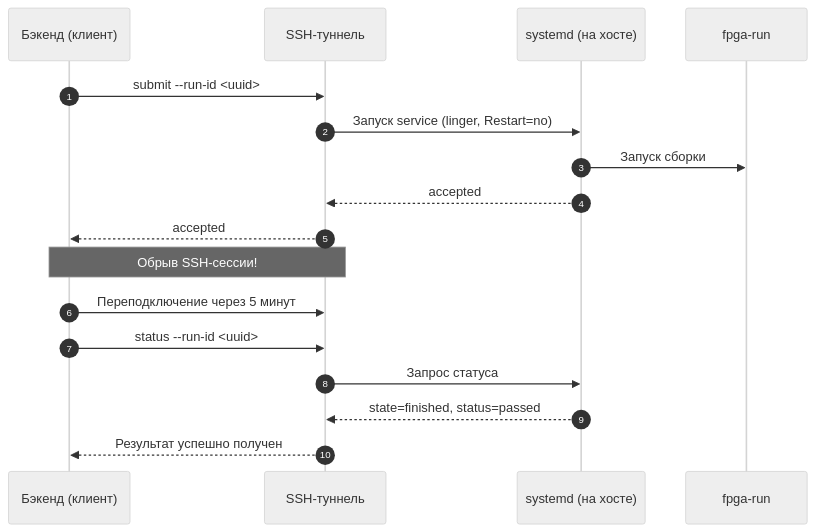
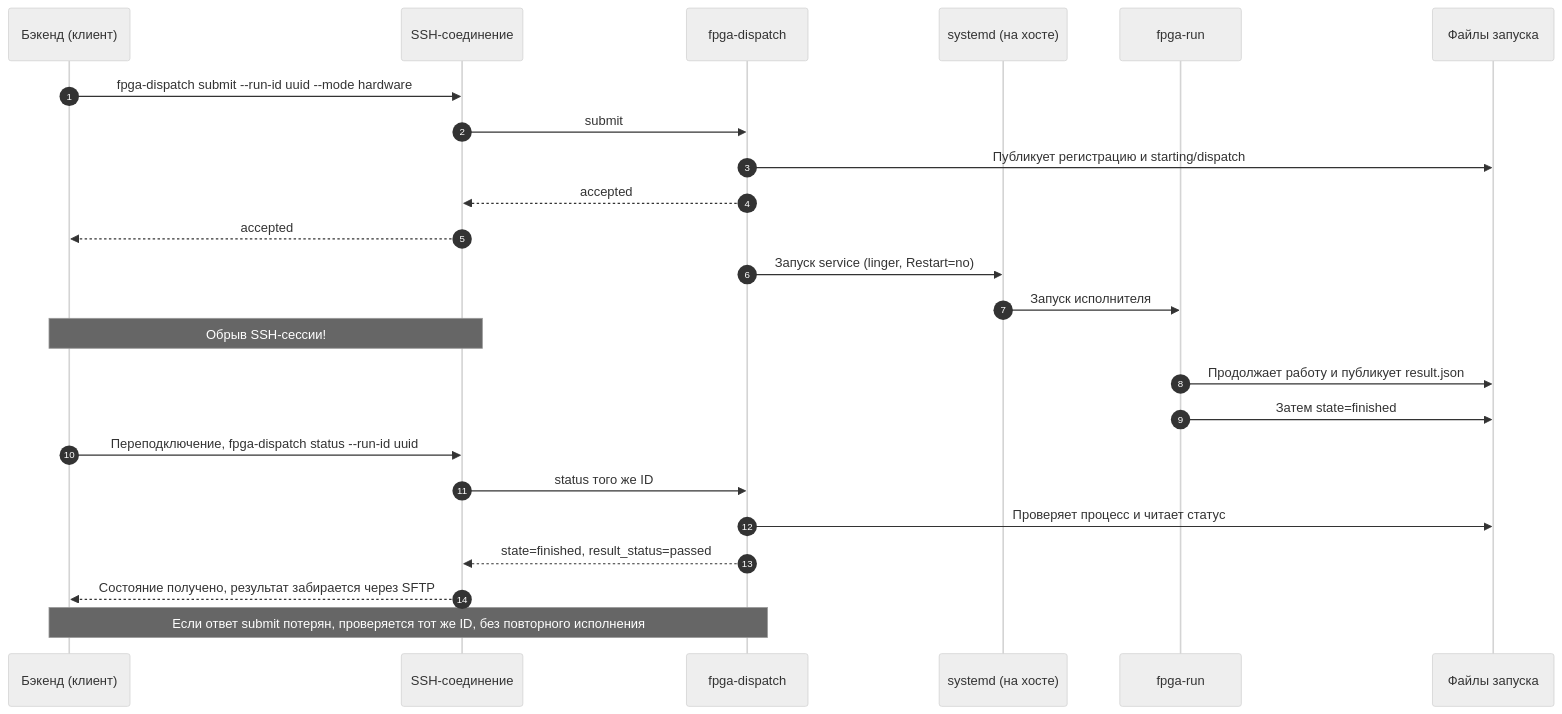
One commit to quevexvv/FPGA-online-platform changed the fifth of 8 diagrams in docs/Diagrams.md. Above: the diagram before and after it, drawn with Mermaid (neutral theme). The commit also changed other lines of this file and 5 other files, not shown here.

````diff
--- a/docs/Diagrams.md
+++ b/docs/Diagrams.md
@@ -119,22 +167,29 @@
 ```mermaid
 sequenceDiagram
     autonumber
     participant BE as Бэкенд (клиент)
-    participant SSH as SSH-туннель
+    participant SSH as SSH-соединение
+    participant Disp as fpga-dispatch
     participant Systemd as systemd (на хосте)
-    participant Disp as fpga-run
+    participant Run as fpga-run
+    participant FS as Файлы запуска
 
-    BE->>SSH: submit --run-id <uuid>
-    SSH->>Systemd: Запуск service (linger, Restart=no)
-    Systemd->>Disp: Запуск сборки
-    Systemd-->>SSH: accepted
+    BE->>SSH: fpga-dispatch submit --run-id uuid --mode hardware
+    SSH->>Disp: submit
+    Disp->>FS: Публикует регистрацию и starting/dispatch
+    Disp-->>SSH: accepted
     SSH-->>BE: accepted
-    
+    Disp->>Systemd: Запуск service (linger, Restart=no)
+    Systemd->>Run: Запуск исполнителя
+
     Note over BE,SSH: Обрыв SSH-сессии!
-    
-    BE->>SSH: Переподключение через 5 минут
-    BE->>SSH: status --run-id <uuid>
-    SSH->>Systemd: Запрос статуса
-    Systemd-->>SSH: state=finished, status=passed
-    SSH-->>BE: Результат успешно получен
+
+    Run->>FS: Продолжает работу и публикует result.json
+    Run->>FS: Затем state=finished
+    BE->>SSH: Переподключение, fpga-dispatch status --run-id uuid
+    SSH->>Disp: status того же ID
+    Disp->>FS: Проверяет процесс и читает статус
+    Disp-->>SSH: state=finished, result_status=passed
+    SSH-->>BE: Состояние получено, результат забирается через SFTP
+    Note over BE,Disp: Если ответ submit потерян, проверяется тот же ID, без повторного исполнения
 ```
````
